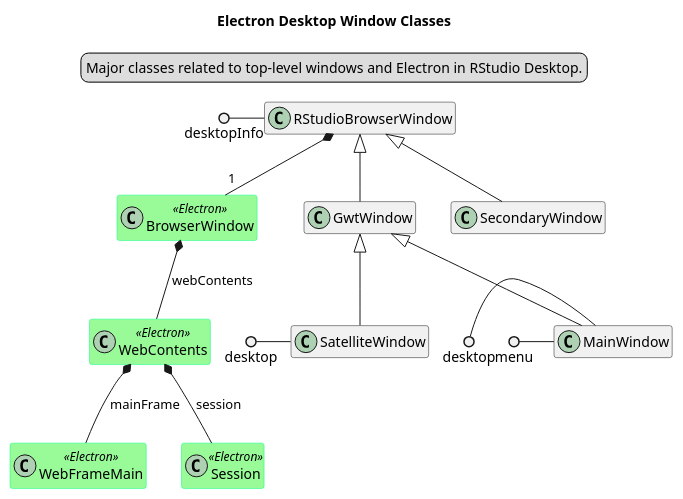
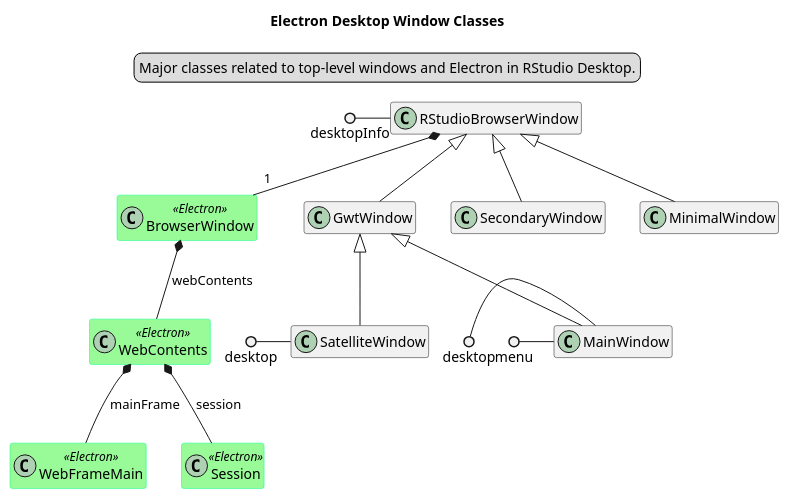
The diagram in src/node/desktop/docs/ElectronWindowClasses.puml (rstudio/rstudio), drawn with PlantUML before and after one commit. The commit also changed 6 other files, not shown here.

```diff
--- a/src/node/desktop/docs/ElectronWindowClasses.puml
+++ b/src/node/desktop/docs/ElectronWindowClasses.puml
@@ -1,35 +1,36 @@
 @startuml
 title Electron Desktop Window Classes
 legend top center
 Major classes related to top-level windows and Electron in RStudio Desktop.
 endlegend
 
 hide empty members
 
 skinparam class {
 BackgroundColor<<Electron>> PaleGreen
 BorderColor<<Electron>> SpringGreen
 }
 
 class BrowserWindow << Electron >>
 class WebContents << Electron >>
 class WebFrameMain << Electron >>
 class Session << Electron >>
 
 BrowserWindow *-- WebContents : webContents
 WebContents *-- WebFrameMain : mainFrame
 WebContents *-- Session : session
 
 class RStudioBrowserWindow 
 desktopInfo ()- RStudioBrowserWindow 
 class GwtWindow extends RStudioBrowserWindow
 class SecondaryWindow extends RStudioBrowserWindow
 class SatelliteWindow extends GwtWindow
 desktop ()- SatelliteWindow
 class MainWindow extends GwtWindow
 desktop ()- MainWindow
 menu ()- MainWindow
+class MinimalWindow extends RStudioBrowserWindow
 
 RStudioBrowserWindow *-- "1" BrowserWindow
 
 @enduml
```
